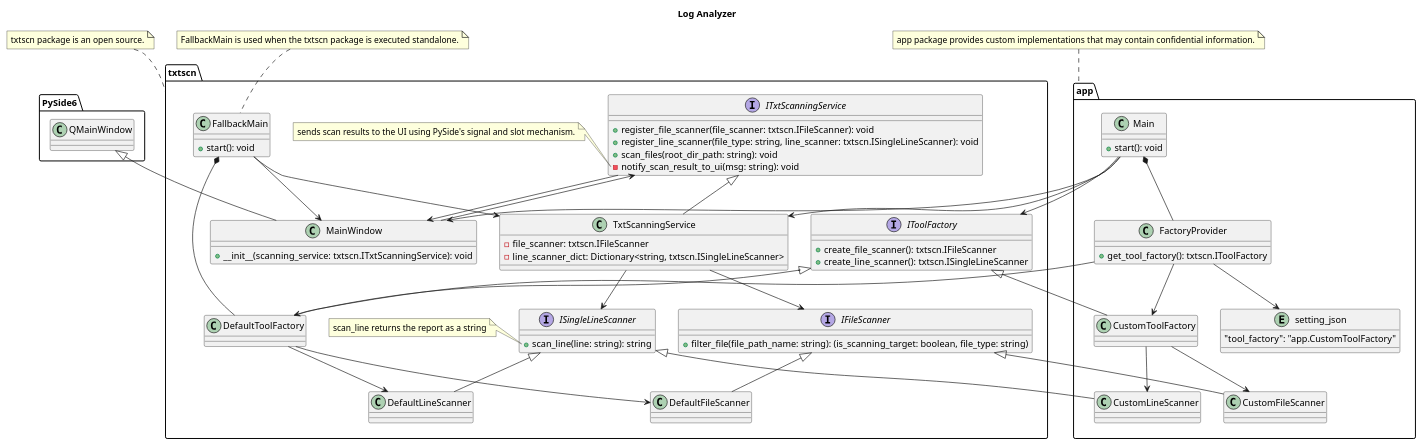
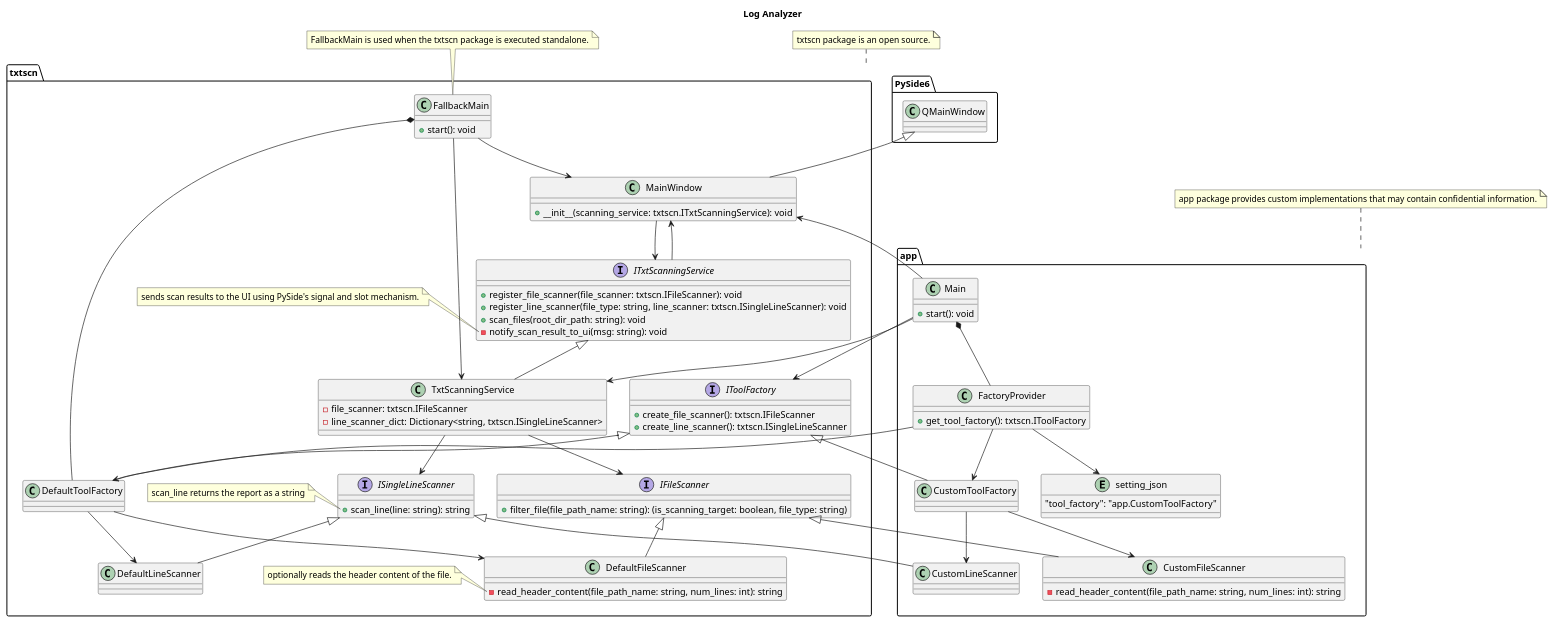
The diagram in doc/log_analyzer.puml (Takayoshi-Matsuyama/log_analyzer), drawn with PlantUML before and after one commit.

Commit message:
Updated - class diagram

```diff
--- a/doc/log_analyzer.puml
+++ b/doc/log_analyzer.puml
@@ -1,138 +1,148 @@
 @startuml log_analyzer
 
 'Copyright 2026 Takayoshi Matsuyama
 '
 'Licensed under the Apache License, Version 2.0 (the "License");
 'you may not use this file except in compliance with the License.
 'You may obtain a copy of the License at
 '
 '    http://www.apache.org/licenses/LICENSE-2.0
 '
 'Unless required by applicable law or agreed to in writing, software
 'distributed under the License is distributed on an "AS IS" BASIS,
 'WITHOUT WARRANTIES OR CONDITIONS OF ANY KIND, either express or implied.
 'See the License for the specific language governing permissions and
 'limitations under the License.
 
 title Log Analyzer
 
 interface txtscn.IFileScanner
 {
     +filter_file(file_path_name: string): (is_scanning_target: boolean, file_type: string)
 }
 
-class txtscn.DefaultFileScanner {}
-class app.CustomFileScanner {}
+class txtscn.DefaultFileScanner
+{
+    -read_header_content(file_path_name: string, num_lines: int): string
+}
+class app.CustomFileScanner
+{
+    -read_header_content(file_path_name: string, num_lines: int): string
+}
 
 txtscn.IFileScanner <|-- txtscn.DefaultFileScanner
 txtscn.IFileScanner <|-- app.CustomFileScanner
+
+note left of txtscn.DefaultFileScanner::read_header_content
+    optionally reads the header content of the file.
+end note
 
 interface txtscn.ISingleLineScanner
 {
     +scan_line(line: string): string
 }
 
 note left of txtscn.ISingleLineScanner::scan_line
     scan_line returns the report as a string
 end note
 
 class txtscn.DefaultLineScanner {}
 class app.CustomLineScanner {}
 
 txtscn.ISingleLineScanner <|-- txtscn.DefaultLineScanner
 txtscn.ISingleLineScanner <|-- app.CustomLineScanner
 
 interface txtscn.IToolFactory
 {
     +create_file_scanner(): txtscn.IFileScanner
     +create_line_scanner(): txtscn.ISingleLineScanner
 }
 
 class txtscn.DefaultToolFactory {}
 class app.CustomToolFactory {}
 
 txtscn.IToolFactory <|-- txtscn.DefaultToolFactory
 txtscn.IToolFactory <|-- app.CustomToolFactory
 
 txtscn.DefaultToolFactory --> txtscn.DefaultFileScanner
 txtscn.DefaultToolFactory --> txtscn.DefaultLineScanner
 
 app.CustomToolFactory --> app.CustomFileScanner
 app.CustomToolFactory --> app.CustomLineScanner
 
 interface txtscn.ITxtScanningService
 {
     +register_file_scanner(file_scanner: txtscn.IFileScanner): void
     +register_line_scanner(file_type: string, line_scanner: txtscn.ISingleLineScanner): void
     +scan_files(root_dir_path: string): void
     -notify_scan_result_to_ui(msg: string): void
 }
 
 note left of txtscn.ITxtScanningService::notify_scan_result_to_ui
     sends scan results to the UI using PySide's signal and slot mechanism.
 end note
 
 
 class txtscn.TxtScanningService
 {
     -file_scanner: txtscn.IFileScanner
     -line_scanner_dict: Dictionary<string, txtscn.ISingleLineScanner>
 }
 
 txtscn.ITxtScanningService <|-- txtscn.TxtScanningService
 txtscn.TxtScanningService --> txtscn.IFileScanner
 txtscn.TxtScanningService --> txtscn.ISingleLineScanner
 
 class PySide6.QMainWindow {}
 
 class txtscn.MainWindow
 {
     + __init__(scanning_service: txtscn.ITxtScanningService): void
 }
 
 PySide6.QMainWindow <|-- txtscn.MainWindow
 txtscn.ITxtScanningService --> txtscn.MainWindow
 
 entity app.setting_json
 {
     "tool_factory": "app.CustomToolFactory"
 }
 
 class app.FactoryProvider
  {
     +get_tool_factory(): txtscn.IToolFactory
 }
 
 app.FactoryProvider --> app.setting_json
 app.FactoryProvider --> txtscn.DefaultToolFactory
 app.FactoryProvider --> app.CustomToolFactory
 
 class txtscn.FallbackMain
 {
     + start(): void
 }
 
 txtscn.FallbackMain *-- txtscn.DefaultToolFactory
 txtscn.FallbackMain --> txtscn.TxtScanningService
 txtscn.FallbackMain --> txtscn.MainWindow
 
 note "FallbackMain is used when the txtscn package is executed standalone." as N1
 N1 .. txtscn.FallbackMain
 
 class app.Main
 {
     + start(): void
 }
 
 app.Main *-- app.FactoryProvider
 app.Main --> txtscn.IToolFactory
 app.Main --> txtscn.TxtScanningService
 app.Main --> txtscn.MainWindow
 txtscn.MainWindow --> txtscn.ITxtScanningService
 
 note "txtscn package is an open source." as N2
 N2 .. txtscn
 note "app package provides custom implementations that may contain confidential information." as N3
 N3 .. app
 
 @enduml
```
